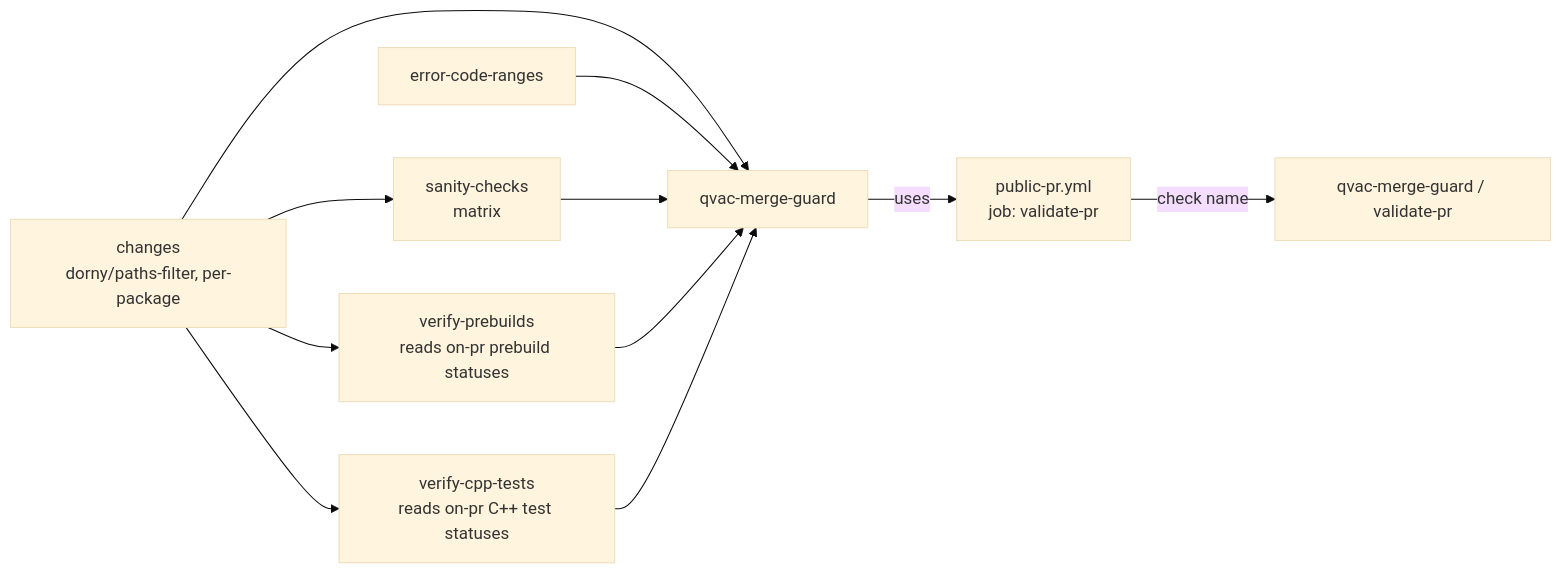
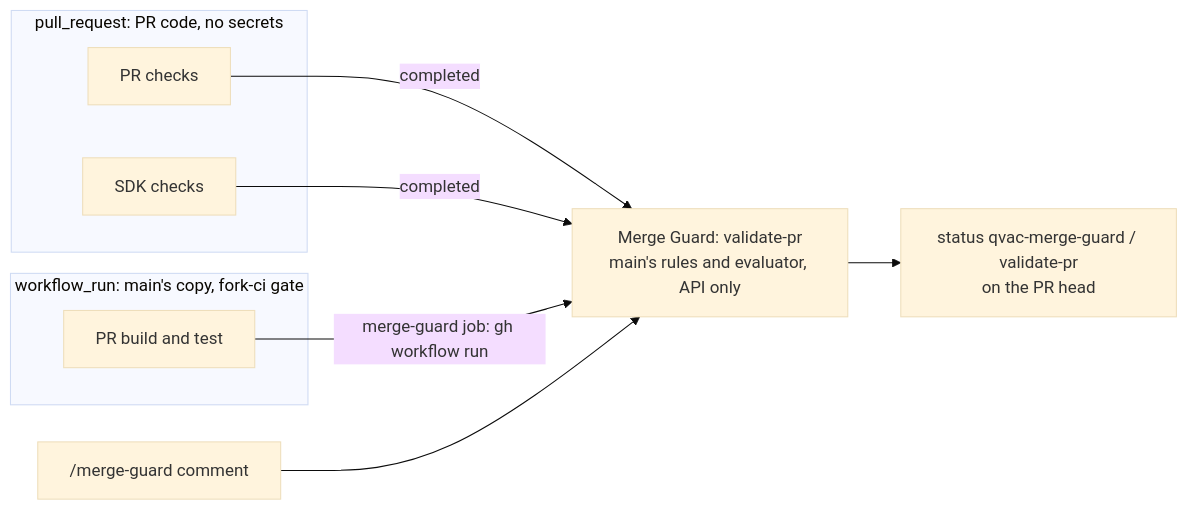
The diagram in docs/ci/MERGE-GUARD.md (tetherto/qvac), drawn with Mermaid (base theme) before and after one commit. The commit also changed other lines of this file and 19 other files, not shown here.

Commit message:
QVAC-26599 infra: rebuild Merge Guard on a rules file evaluated on workflow_run

````diff
--- a/docs/ci/MERGE-GUARD.md
+++ b/docs/ci/MERGE-GUARD.md
@@ -27,14 +7,15 @@
 ```mermaid
 flowchart LR
-    CHANGES[changes<br/>dorny/paths-filter, per-package]
-    CHANGES --> SC[sanity-checks<br/>matrix]
-    CHANGES --> VP[verify-prebuilds<br/>reads on-pr prebuild statuses]
-    CHANGES --> VC[verify-cpp-tests<br/>reads on-pr C++ test statuses]
-    CHANGES --> QMG[qvac-merge-guard]
-    ECR[error-code-ranges] --> QMG
-    SC --> QMG
-    VP --> QMG
-    VC --> QMG
-    QMG -->|uses| PP[public-pr.yml<br/>job: validate-pr]
-    PP -->|check name| CHK["qvac-merge-guard / validate-pr"]
+  subgraph PR["pull_request: PR code, no secrets"]
+    PC[PR checks]
+    SC[SDK checks]
+  end
+  subgraph WR["workflow_run: main's copy, fork-ci gate"]
+    BT[PR build and test]
+  end
+  PC -- completed --> G
+  SC -- completed --> G
+  BT -- "merge-guard job: gh workflow run" --> G
+  C["/merge-guard comment"] --> G
+  G["Merge Guard: validate-pr<br/>main's rules and evaluator, API only"] --> S["status qvac-merge-guard / validate-pr<br/>on the PR head"]
 ```
````
